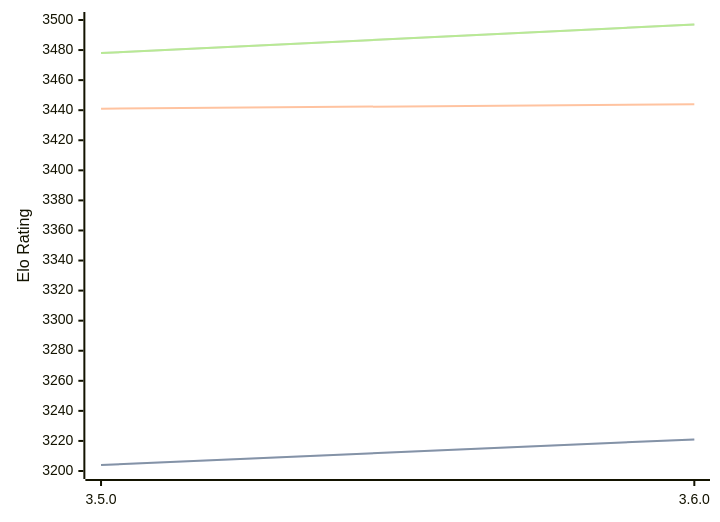
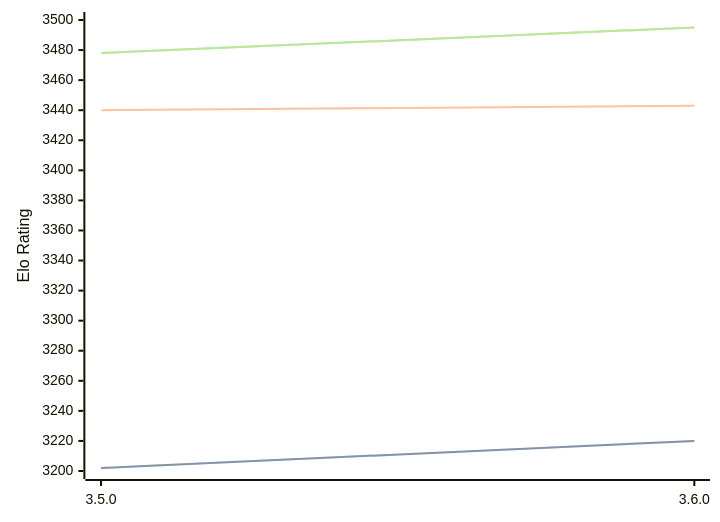
The diagram in engines/Igel.md (computer-chess-index/cci), drawn with Mermaid before and after one commit. The commit also changed other lines of this file, not shown here.

Commit message:
Update CCI Ratings (ELO VLTC) - 2026-04-20

````diff
--- a/engines/Igel.md
+++ b/engines/Igel.md
@@ -68,11 +68,11 @@
 ```mermaid
 %%{init: {"theme":"base","themeVariables":{"seriesColors:['#a3a3a3','#222221','#faa371']}}}%%
 xychart-beta
   x-axis ["3.5.0", "3.6.0"]
   y-axis "Elo Rating" 3200 --> 3500
-  line "STC (8.0+0.08s)" [3204, 3221]
-  line "STC (8.0+0.08s)" [3204, 3221]
-  line "LTC (60.0+0.60s)" [3441, 3444]
-  line "VLTC (2m24s+1.12s)" [3478, 3497]
-  line "VLTC (2m24s+1.12s)" [3478, 3497]
+  line "STC (8.0+0.08s)" [3202, 3220]
+  line "STC (8.0+0.08s)" [3202, 3220]
+  line "LTC (60.0+0.60s)" [3440, 3443]
+  line "VLTC (2m24s+1.12s)" [3478, 3495]
+  line "VLTC (2m24s+1.12s)" [3478, 3495]
 ```
````
